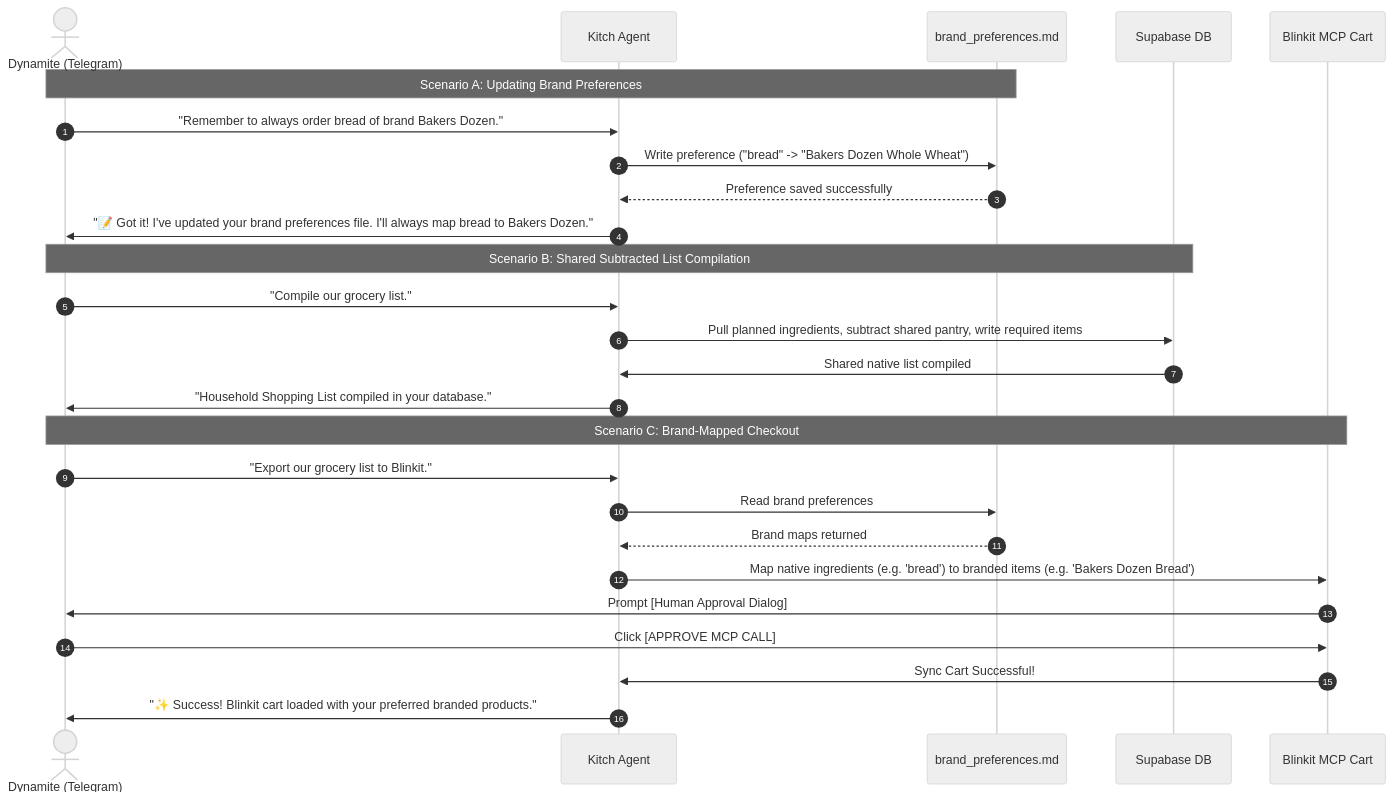
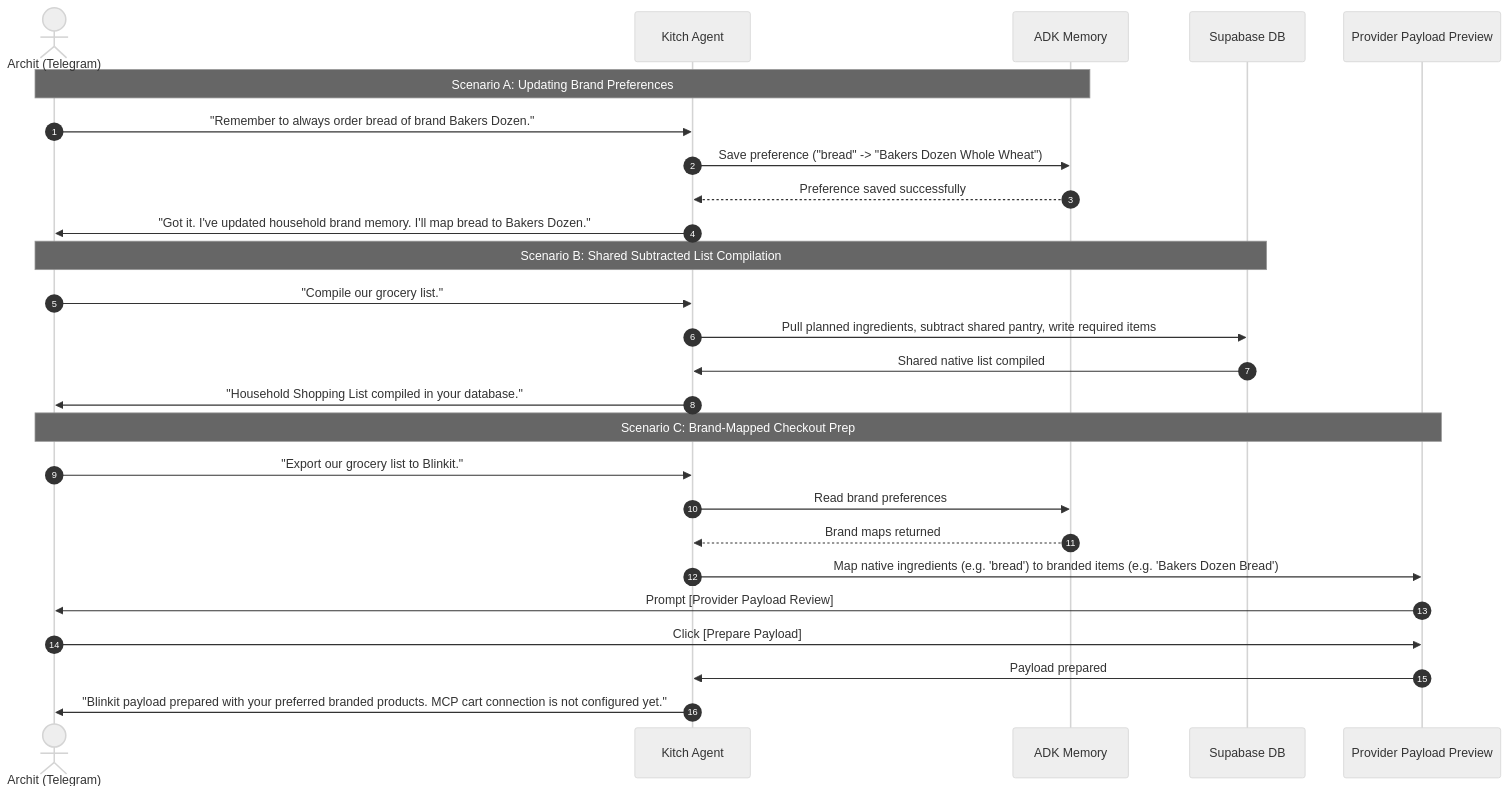
Before and after one commit to architworks/meal_and_grocery_agent: the second of 2 diagrams in docs/vision_and_requirements.md, drawn with Mermaid (neutral theme). The commit also changed other lines of this file and 14 other files, not shown here.

First line of the commit message:
refactor: align app with shared household architecture

````diff
--- a/docs/vision_and_requirements.md
+++ b/docs/vision_and_requirements.md
@@ -120,31 +121,31 @@
 ```mermaid
 sequenceDiagram
     autonumber
-    actor Dynamite as Dynamite (Telegram)
+    actor Archit as Archit (Telegram)
     participant Agent as Kitch Agent
-    participant File as brand_preferences.md
+    participant Memory as ADK Memory
     participant DB as Supabase DB
-    participant Blinkit as Blinkit MCP Cart
+    participant Payload as Provider Payload Preview
     
-    Note over Dynamite, File: Scenario A: Updating Brand Preferences
-    Dynamite->>Agent: "Remember to always order bread of brand Bakers Dozen."
-    Agent->>File: Write preference ("bread" -> "Bakers Dozen Whole Wheat")
-    File-->>Agent: Preference saved successfully
-    Agent->>Dynamite: "📝 Got it! I've updated your brand preferences file. I'll always map bread to Bakers Dozen."
+    Note over Archit, Memory: Scenario A: Updating Brand Preferences
+    Archit->>Agent: "Remember to always order bread of brand Bakers Dozen."
+    Agent->>Memory: Save preference ("bread" -> "Bakers Dozen Whole Wheat")
+    Memory-->>Agent: Preference saved successfully
+    Agent->>Archit: "Got it. I've updated household brand memory. I'll map bread to Bakers Dozen."
     
-    Note over Dynamite, DB: Scenario B: Shared Subtracted List Compilation
-    Dynamite->>Agent: "Compile our grocery list."
+    Note over Archit, DB: Scenario B: Shared Subtracted List Compilation
+    Archit->>Agent: "Compile our grocery list."
     Agent->>DB: Pull planned ingredients, subtract shared pantry, write required items
     DB->>Agent: Shared native list compiled
-    Agent->>Dynamite: "Household Shopping List compiled in your database."
+    Agent->>Archit: "Household Shopping List compiled in your database."
     
-    Note over Dynamite, Blinkit: Scenario C: Brand-Mapped Checkout
-    Dynamite->>Agent: "Export our grocery list to Blinkit."
-    Agent->>File: Read brand preferences
-    File-->>Agent: Brand maps returned
-    Agent->>Blinkit: Map native ingredients (e.g. 'bread') to branded items (e.g. 'Bakers Dozen Bread')
-    Blinkit->>Dynamite: Prompt [Human Approval Dialog]
-    Dynamite->>Blinkit: Click [APPROVE MCP CALL]
-    Blinkit->>Agent: Sync Cart Successful!
-    Agent->>Dynamite: "✨ Success! Blinkit cart loaded with your preferred branded products."
+    Note over Archit, Payload: Scenario C: Brand-Mapped Checkout Prep
+    Archit->>Agent: "Export our grocery list to Blinkit."
+    Agent->>Memory: Read brand preferences
+    Memory-->>Agent: Brand maps returned
+    Agent->>Payload: Map native ingredients (e.g. 'bread') to branded items (e.g. 'Bakers Dozen Bread')
+    Payload->>Archit: Prompt [Provider Payload Review]
+    Archit->>Payload: Click [Prepare Payload]
+    Payload->>Agent: Payload prepared
+    Agent->>Archit: "Blinkit payload prepared with your preferred branded products. MCP cart connection is not configured yet."
 ```
````
